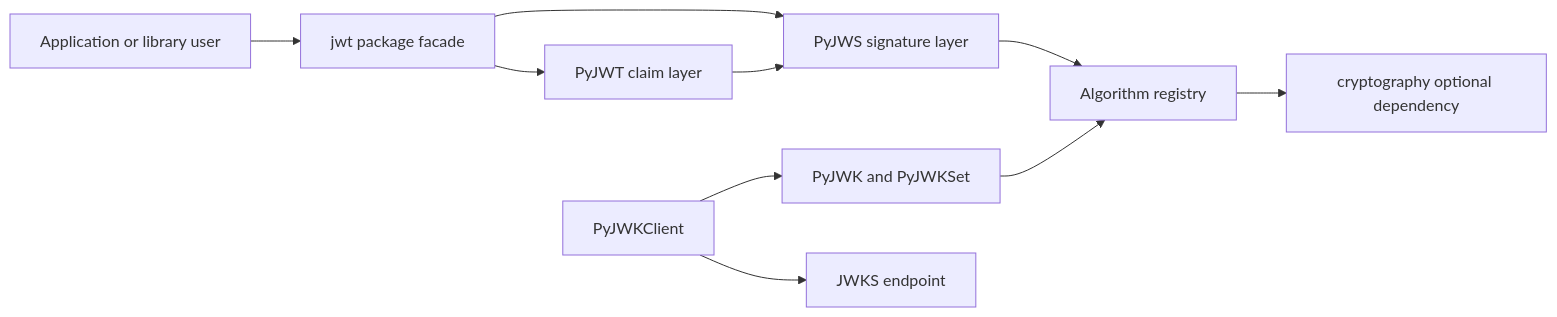
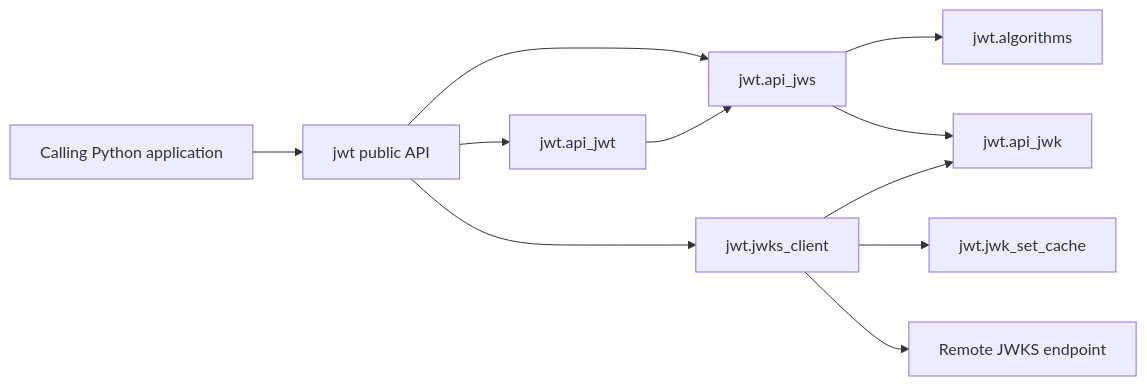
The first of 2 diagrams in examples/pyjwt/archdoc/ARCHITECTURE.md (stefanrossmeier/ai-craftkit), drawn with Mermaid before and after one commit. The commit also changed other lines of this file and 12 other files, not shown here.

````diff
--- a/examples/pyjwt/archdoc/ARCHITECTURE.md
+++ b/examples/pyjwt/archdoc/ARCHITECTURE.md
@@ -41,22 +33,13 @@
 ```mermaid
 flowchart LR
-  Consumer[Application or library user]
-  Facade[jwt package facade]
-  JWT[PyJWT claim layer]
-  JWS[PyJWS signature layer]
-  Algs[Algorithm registry]
-  JWK[PyJWK and PyJWKSet]
-  JWKS[PyJWKClient]
-  Crypto[cryptography optional dependency]
-  Remote[JWKS endpoint]
-
-  Consumer --> Facade
-  Facade --> JWT
-  Facade --> JWS
-  JWT --> JWS
-  JWS --> Algs
-  JWK --> Algs
+  App[Calling Python application] --> PublicAPI[jwt public API]
+  PublicAPI --> APIJWT[jwt.api_jwt]
+  PublicAPI --> APIJWS[jwt.api_jws]
+  APIJWT --> APIJWS
+  APIJWS --> Algorithms[jwt.algorithms]
+  APIJWS --> JWK[jwt.api_jwk]
+  PublicAPI --> JWKS[jwt.jwks_client]
   JWKS --> JWK
-  JWKS --> Remote
-  Algs --> Crypto
+  JWKS --> Cache[jwt.jwk_set_cache]
+  JWKS --> HTTP[Remote JWKS endpoint]
 ```
````
